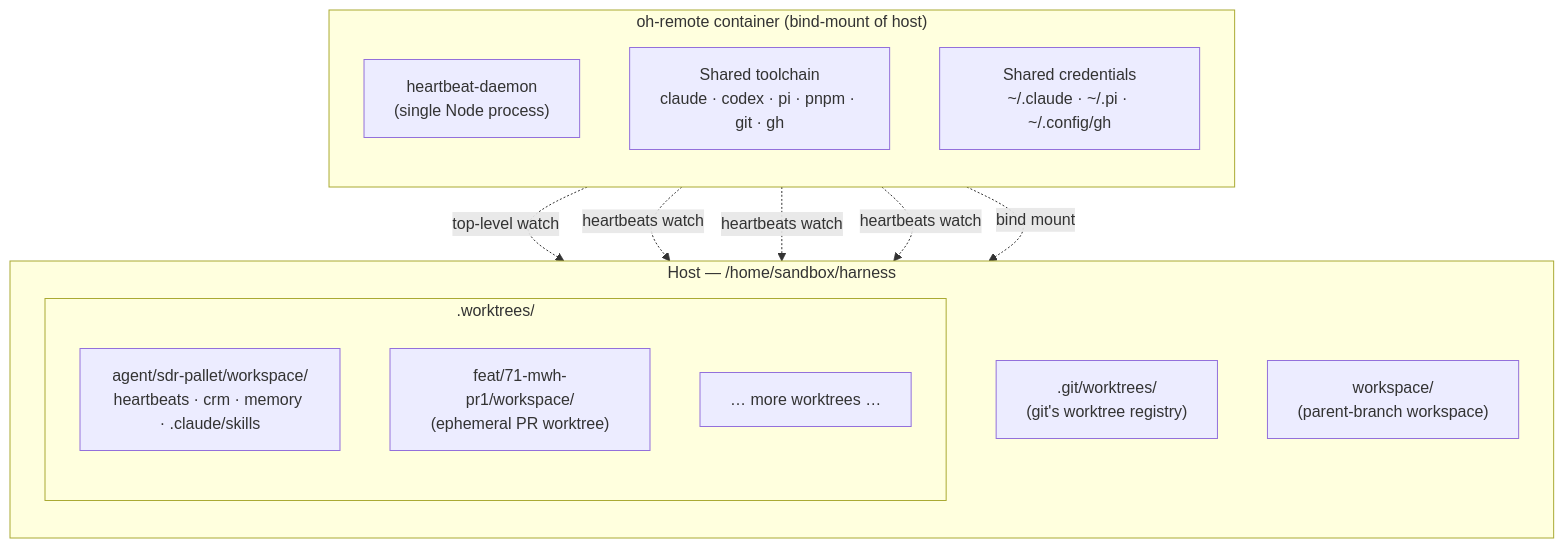
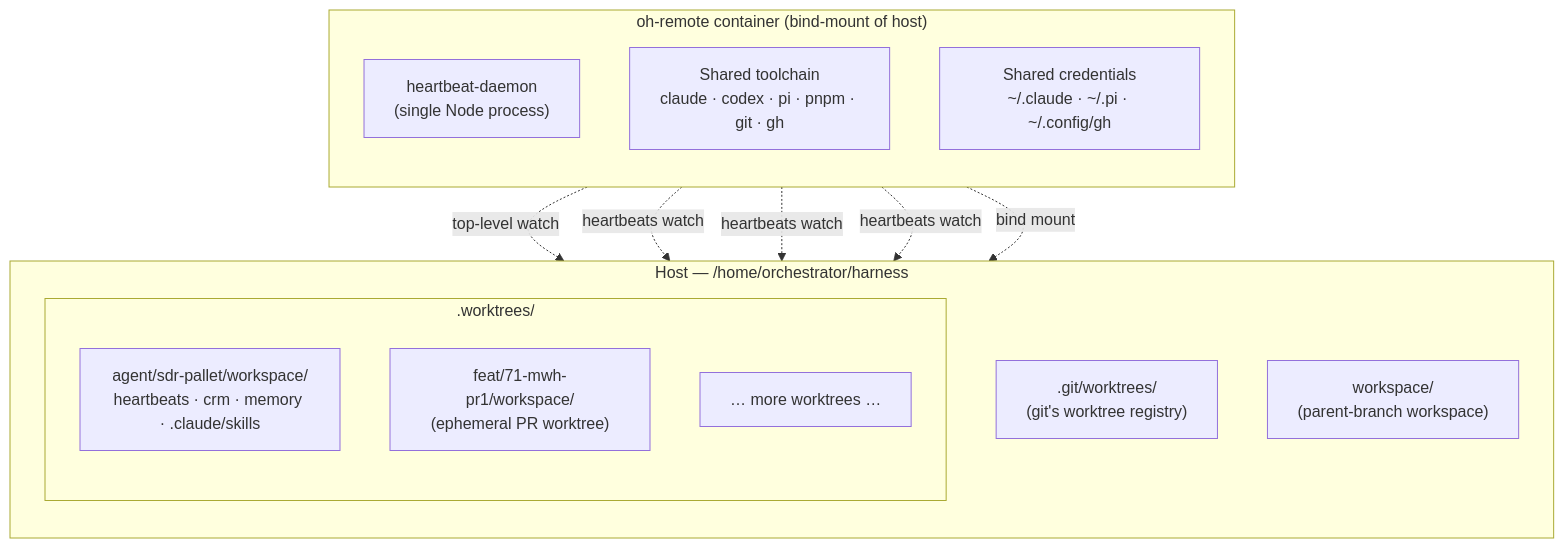
Before and after one commit to ryaneggz/open-harness: the first of 3 diagrams in docs/architecture/orchestrator-worktrees.md, drawn with Mermaid. The commit also changed other lines of this file and 70 other files, not shown here.

First line of the commit message:
task: rename in-container Linux user sandbox -> orchestrator (#172)

````diff
--- a/docs/architecture/orchestrator-worktrees.md
+++ b/docs/architecture/orchestrator-worktrees.md
@@ -13,25 +13,25 @@
 ```mermaid
 flowchart TB
-  subgraph host["Host — /home/sandbox/harness"]
+  subgraph host["Host — /home/orchestrator/harness"]
     direction TB
     gitreg[".git/worktrees/<br/>(git's worktree registry)"]
     parent["workspace/<br/>(parent-branch workspace)"]
     subgraph wts[".worktrees/"]
       direction TB
       wt1["agent/sdr-pallet/workspace/<br/>heartbeats · crm · memory · .claude/skills"]
       wt2["feat/71-mwh-pr1/workspace/<br/>(ephemeral PR worktree)"]
       wt3["… more worktrees …"]
     end
   end
   subgraph box["oh-remote container (bind-mount of host)"]
     direction TB
     daemon["heartbeat-daemon<br/>(single Node process)"]
     tools["Shared toolchain<br/>claude · codex · pi · pnpm · git · gh"]
     creds["Shared credentials<br/>~/.claude · ~/.pi · ~/.config/gh"]
   end
   daemon -. "top-level watch" .-> gitreg
   daemon -. "heartbeats watch" .-> parent
   daemon -. "heartbeats watch" .-> wt1
   daemon -. "heartbeats watch" .-> wt2
   box -.->|"bind mount"| host
 ```
````
